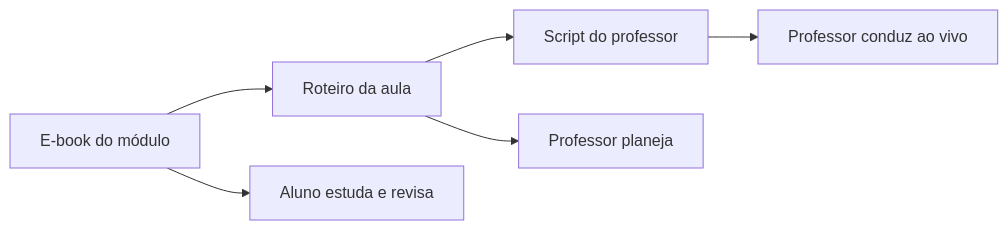
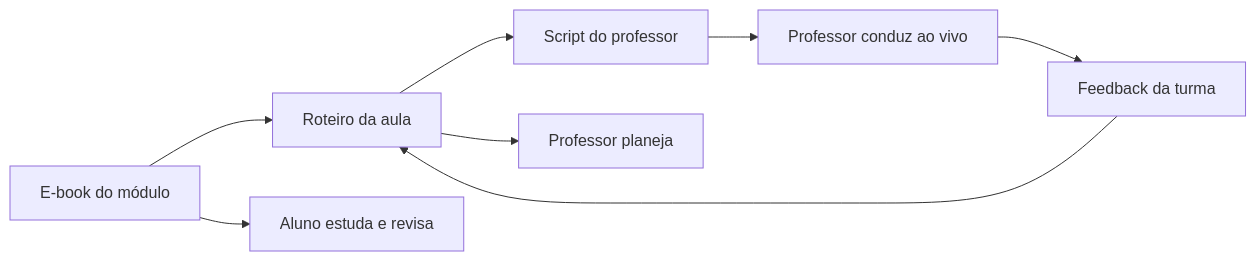
One commit to Eduardo-Alves1/dtem-treinamentos-ebooks-landpage changed the diagram in planejamento/arquitetura-materiais.md. Above: the diagram before and after it, drawn with Mermaid. The commit also changed other lines of this file and 77 other files, not shown here.

````diff
--- a/planejamento/arquitetura-materiais.md
+++ b/planejamento/arquitetura-materiais.md
@@ -114,8 +99,10 @@
 ```mermaid
 flowchart LR
     A[E-book do módulo] --> B[Roteiro da aula]
     B --> C[Script do professor]
     A --> D[Aluno estuda e revisa]
     B --> E[Professor planeja]
     C --> F[Professor conduz ao vivo]
+    F --> G[Feedback da turma]
+    G --> B
 ```
````
